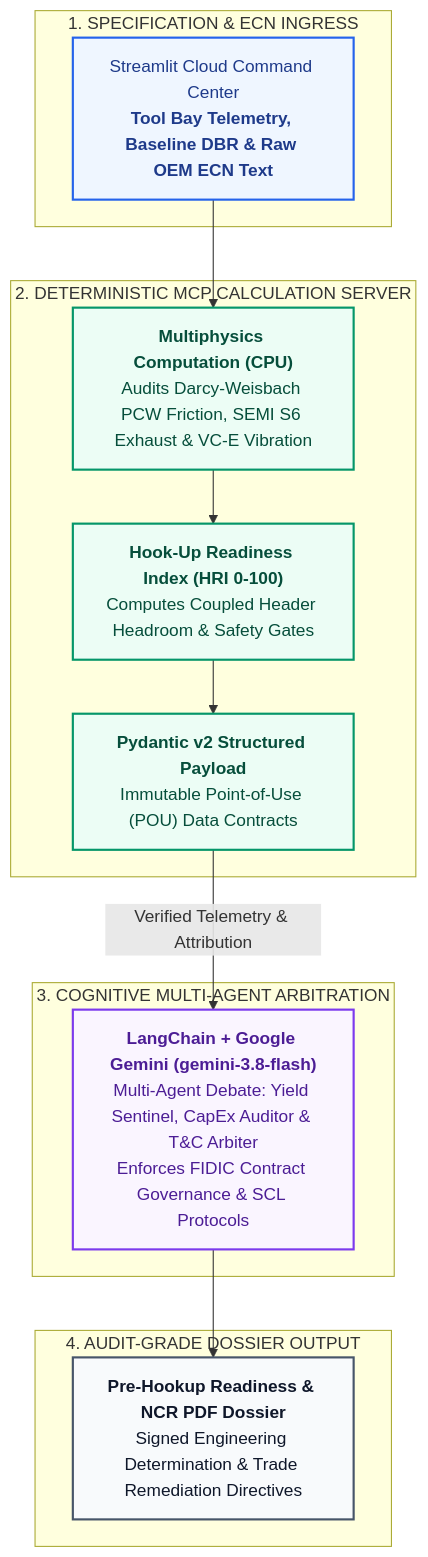
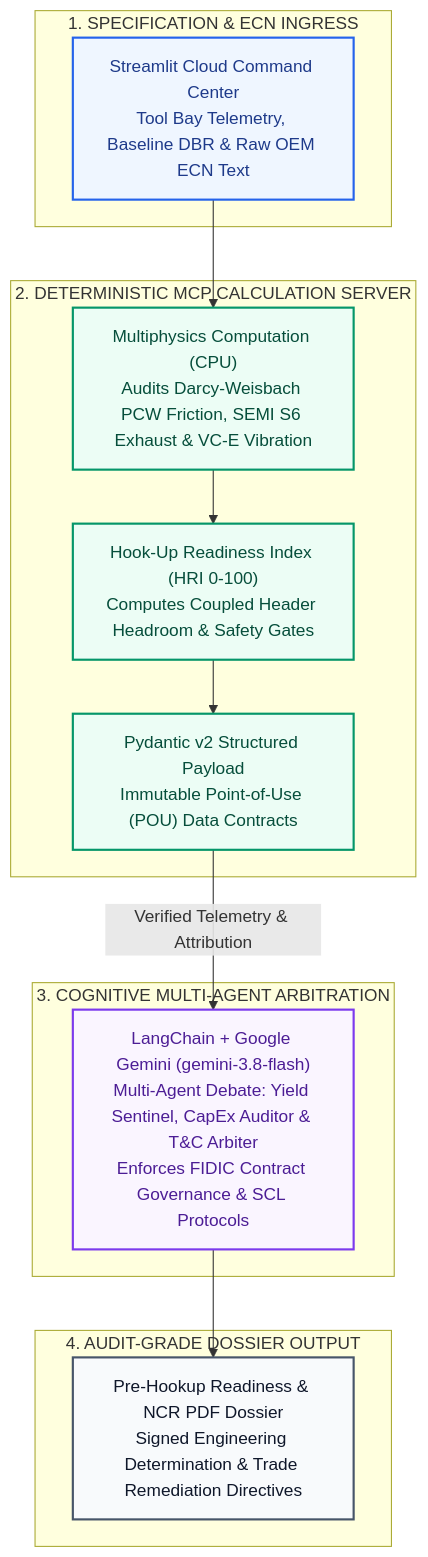
The diagram in readme.md (ROHITG41/semiconductor-fab-arbiter), drawn with Mermaid before and after one commit. The commit also changed other lines of this file, not shown here.

````diff
--- a/readme.md
+++ b/readme.md
@@ -25,30 +25,33 @@
 ```mermaid
-flowchart TD
-    classDef client fill:#EFF6FF,stroke:#2563EB,stroke-width:2px,color:#1E3A8A;
-    classDef deterministic fill:#ECFDF5,stroke:#059669,stroke-width:2px,color:#064E3B;
-    classDef logic fill:#FAF5FF,stroke:#7C3AED,stroke-width:2px,color:#4C1D95;
-    classDef output fill:#F8FAFC,stroke:#475569,stroke-width:2px,color:#0F172A;
-
+graph TD
     subgraph INGRESS ["1. SPECIFICATION & ECN INGRESS"]
-        UI["Streamlit Cloud Command Center<br/><b>Tool Bay Telemetry, Baseline DBR & Raw OEM ECN Text</b>"]:::client
+        UI["Streamlit Cloud Command Center<br/>Tool Bay Telemetry, Baseline DBR & Raw OEM ECN Text"]
     end
 
     subgraph CPU_GATE ["2. DETERMINISTIC MCP CALCULATION SERVER"]
-        GRAPH["<b>Multiphysics Computation (CPU)</b><br/>Audits Darcy-Weisbach PCW Friction, SEMI S6 Exhaust & VC-E Vibration"]:::deterministic
-        METRICS["<b>Hook-Up Readiness Index (HRI 0-100)</b><br/>Computes Coupled Header Headroom & Safety Gates"]:::deterministic
-        CONTRACT["<b>Pydantic v2 Structured Payload</b><br/>Immutable Point-of-Use (POU) Data Contracts"]:::deterministic
-        GRAPH --> METRICS --> CONTRACT
+        GRAPH["Multiphysics Computation (CPU)<br/>Audits Darcy-Weisbach PCW Friction, SEMI S6 Exhaust & VC-E Vibration"]
+        METRICS["Hook-Up Readiness Index (HRI 0-100)<br/>Computes Coupled Header Headroom & Safety Gates"]
+        CONTRACT["Pydantic v2 Structured Payload<br/>Immutable Point-of-Use (POU) Data Contracts"]
+        GRAPH --> METRICS
+        METRICS --> CONTRACT
     end
 
     subgraph COGNITIVE ["3. COGNITIVE MULTI-AGENT ARBITRATION"]
-        LLM["<b>LangChain + Google Gemini (gemini-3.8-flash)</b><br/>Multi-Agent Debate: Yield Sentinel, CapEx Auditor & T&C Arbiter<br/>Enforces FIDIC Contract Governance & SCL Protocols"]:::logic
+        LLM["LangChain + Google Gemini (gemini-3.8-flash)<br/>Multi-Agent Debate: Yield Sentinel, CapEx Auditor & T&C Arbiter<br/>Enforces FIDIC Contract Governance & SCL Protocols"]
     end
 
     subgraph DELIVERABLE ["4. AUDIT-GRADE DOSSIER OUTPUT"]
-        MEMO["<b>Pre-Hookup Readiness & NCR PDF Dossier</b><br/>Signed Engineering Determination & Trade Remediation Directives"]:::output
+        MEMO["Pre-Hookup Readiness & NCR PDF Dossier<br/>Signed Engineering Determination & Trade Remediation Directives"]
     end
 
     UI --> GRAPH
     CONTRACT -->|Verified Telemetry & Attribution| LLM
     LLM --> MEMO
+
+    style UI fill:#EFF6FF,stroke:#2563EB,stroke-width:2px,color:#1E3A8A
+    style GRAPH fill:#ECFDF5,stroke:#059669,stroke-width:2px,color:#064E3B
+    style METRICS fill:#ECFDF5,stroke:#059669,stroke-width:2px,color:#064E3B
+    style CONTRACT fill:#ECFDF5,stroke:#059669,stroke-width:2px,color:#064E3B
+    style LLM fill:#FAF5FF,stroke:#7C3AED,stroke-width:2px,color:#4C1D95
+    style MEMO fill:#F8FAFC,stroke:#475569,stroke-width:2px,color:#0F172A
 ```
````
